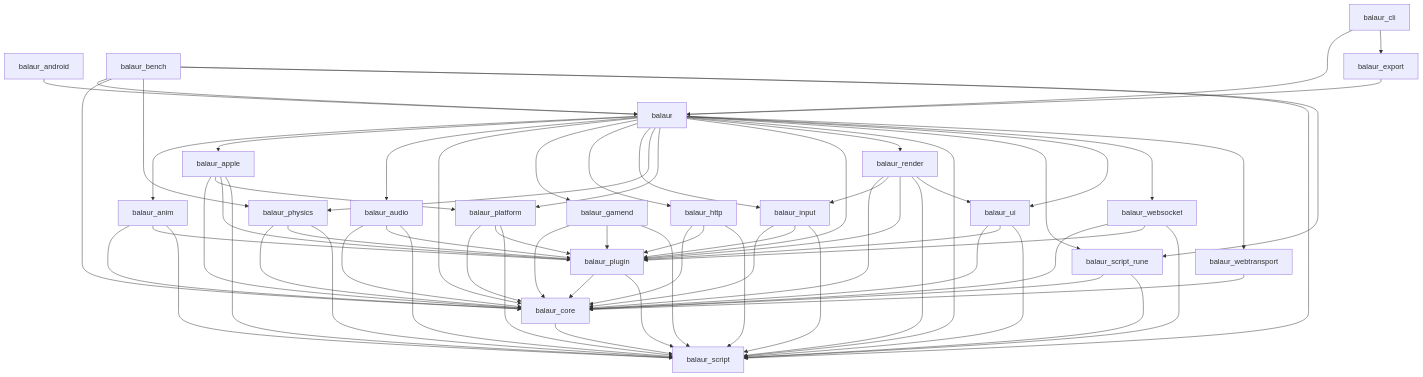
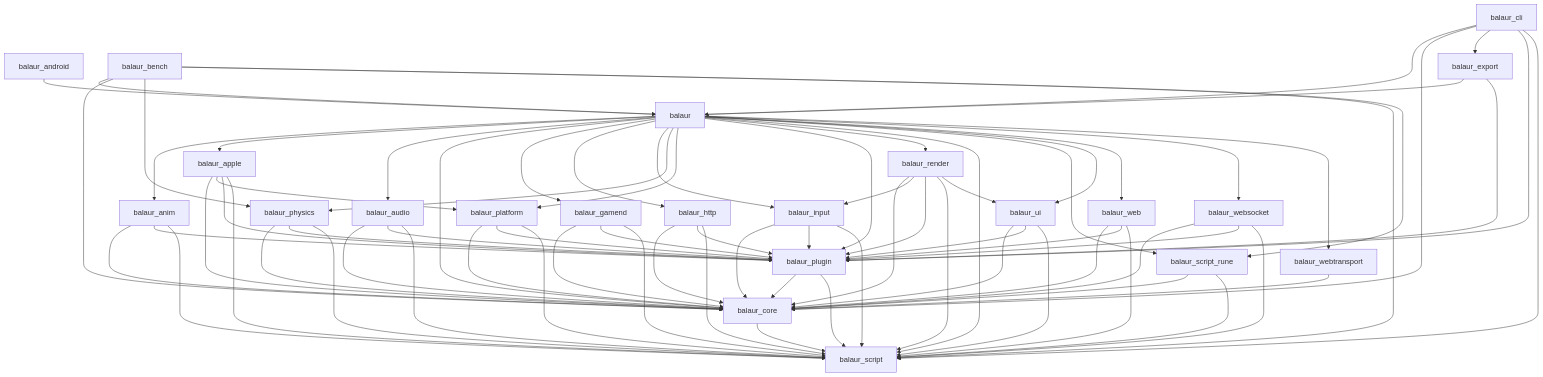
One commit to balaurengine/balaur changed the diagram in docs/generated/crate-graph.md. Above: the diagram before and after it, drawn with Mermaid. The commit also changed 407 other files, not shown here.

```diff
--- a/docs/generated/crate-graph.md
+++ b/docs/generated/crate-graph.md
@@ -26,6 +26,7 @@
   balaur_script[balaur_script]
   balaur_script_rune[balaur_script_rune]
   balaur_ui[balaur_ui]
+  balaur_web[balaur_web]
   balaur_websocket[balaur_websocket]
   balaur_webtransport[balaur_webtransport]
   balaur --> balaur_anim
@@ -42,6 +43,7 @@
   balaur --> balaur_script
   balaur --> balaur_script_rune
   balaur --> balaur_ui
+  balaur --> balaur_web
   balaur --> balaur_websocket
   balaur --> balaur_webtransport
   balaur_android --> balaur
@@ -61,9 +63,13 @@
   balaur_bench --> balaur_script
   balaur_bench --> balaur_script_rune
   balaur_cli --> balaur
+  balaur_cli --> balaur_core
   balaur_cli --> balaur_export
+  balaur_cli --> balaur_plugin
+  balaur_cli --> balaur_script
   balaur_core --> balaur_script
   balaur_export --> balaur
+  balaur_export --> balaur_plugin
   balaur_gamend --> balaur_core
   balaur_gamend --> balaur_plugin
   balaur_gamend --> balaur_script
@@ -91,6 +97,9 @@
   balaur_ui --> balaur_core
   balaur_ui --> balaur_plugin
   balaur_ui --> balaur_script
+  balaur_web --> balaur_core
+  balaur_web --> balaur_plugin
+  balaur_web --> balaur_script
   balaur_websocket --> balaur_core
   balaur_websocket --> balaur_plugin
   balaur_websocket --> balaur_script
```
